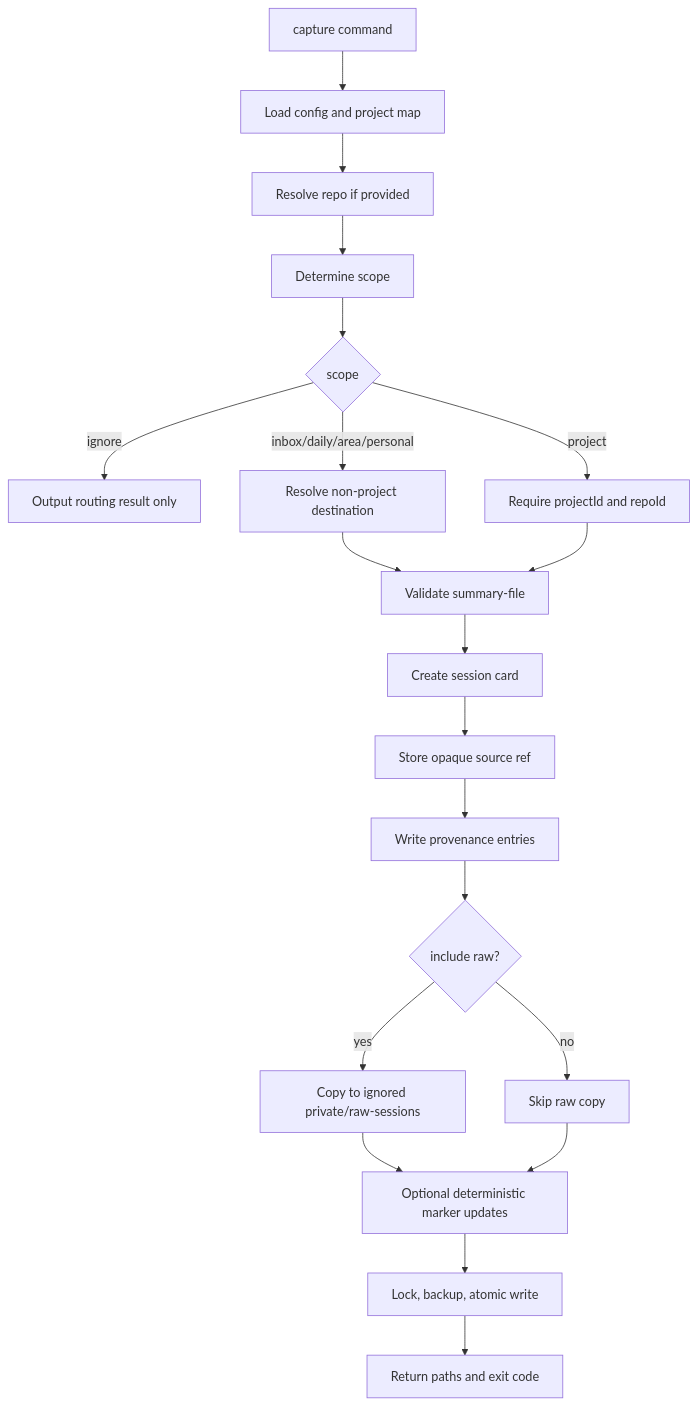
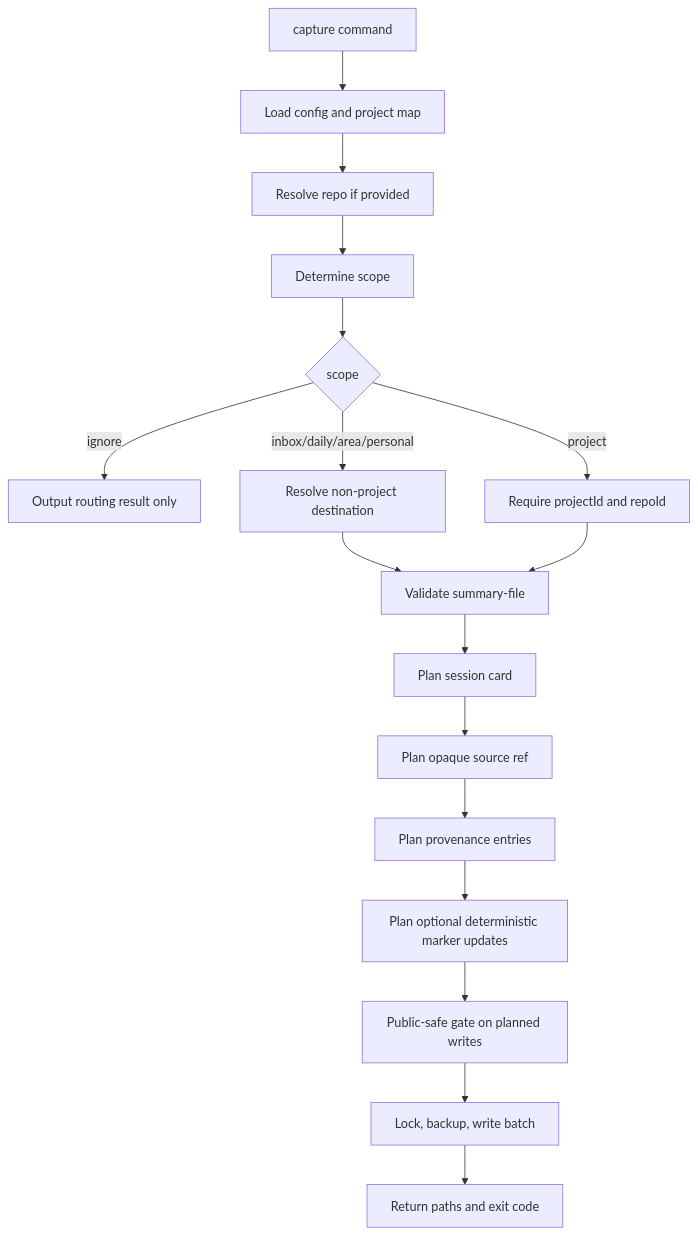
The diagram in docs/architecture/capture-pipeline.md (BIGWOO/agent-notes), drawn with Mermaid before and after one commit. The commit also changed other lines of this file and 5 other files, not shown here.

First line of the commit message:
docs(architecture): 補齊 capture 與 context 規格

````diff
--- a/docs/architecture/capture-pipeline.md
+++ b/docs/architecture/capture-pipeline.md
@@ -13,24 +13,21 @@
 ```mermaid
 flowchart TD
     A["capture command"] --> B["Load config and project map"]
     B --> C["Resolve repo if provided"]
     C --> D["Determine scope"]
     D --> E{"scope"}
 
     E -->|ignore| F["Output routing result only"]
     E -->|inbox/daily/area/personal| G["Resolve non-project destination"]
     E -->|project| H["Require projectId and repoId"]
 
     G --> I["Validate summary-file"]
     H --> I
-    I --> J["Create session card"]
-    J --> K["Store opaque source ref"]
-    K --> K1["Write provenance entries"]
-    K1 --> L{"include raw?"}
-    L -->|yes| M["Copy to ignored private/raw-sessions"]
-    L -->|no| N["Skip raw copy"]
-    M --> O["Optional deterministic marker updates"]
-    N --> O
-    O --> P["Lock, backup, atomic write"]
+    I --> J["Plan session card"]
+    J --> K["Plan opaque source ref"]
+    K --> K1["Plan provenance entries"]
+    K1 --> L["Plan optional deterministic marker updates"]
+    L --> L1["Public-safe gate on planned writes"]
+    L1 --> P["Lock, backup, write batch"]
     P --> Q["Return paths and exit code"]
 ```
````
